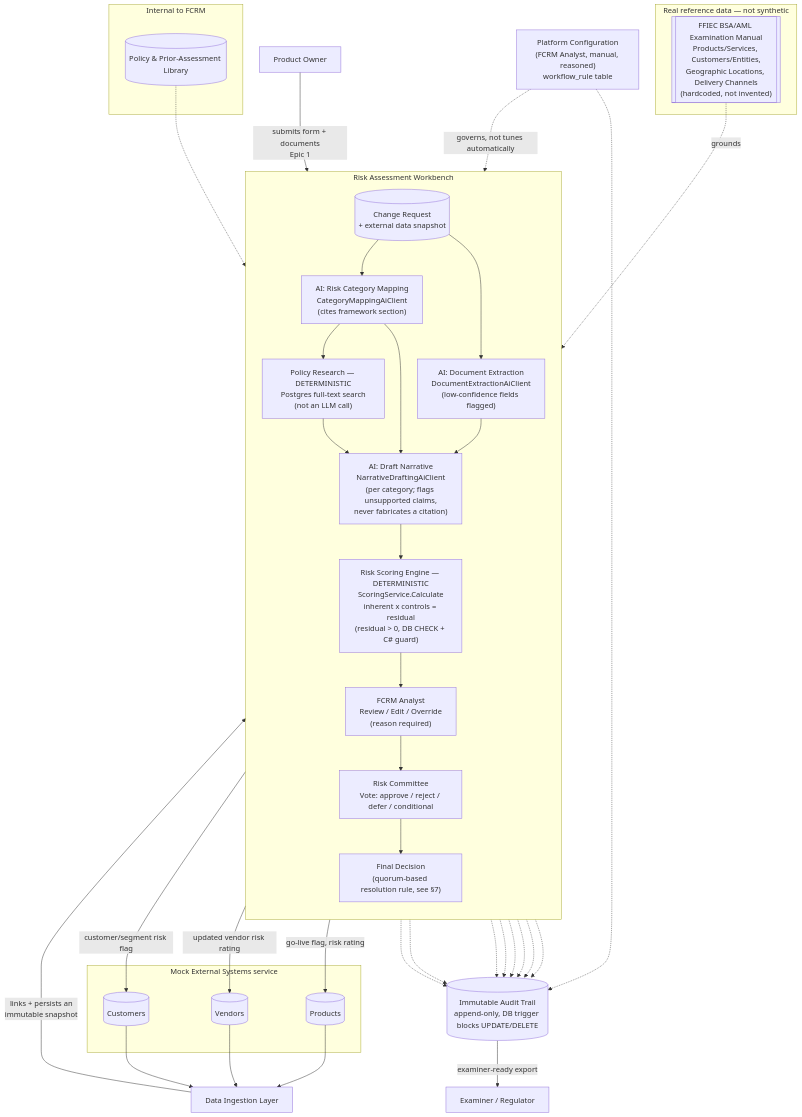
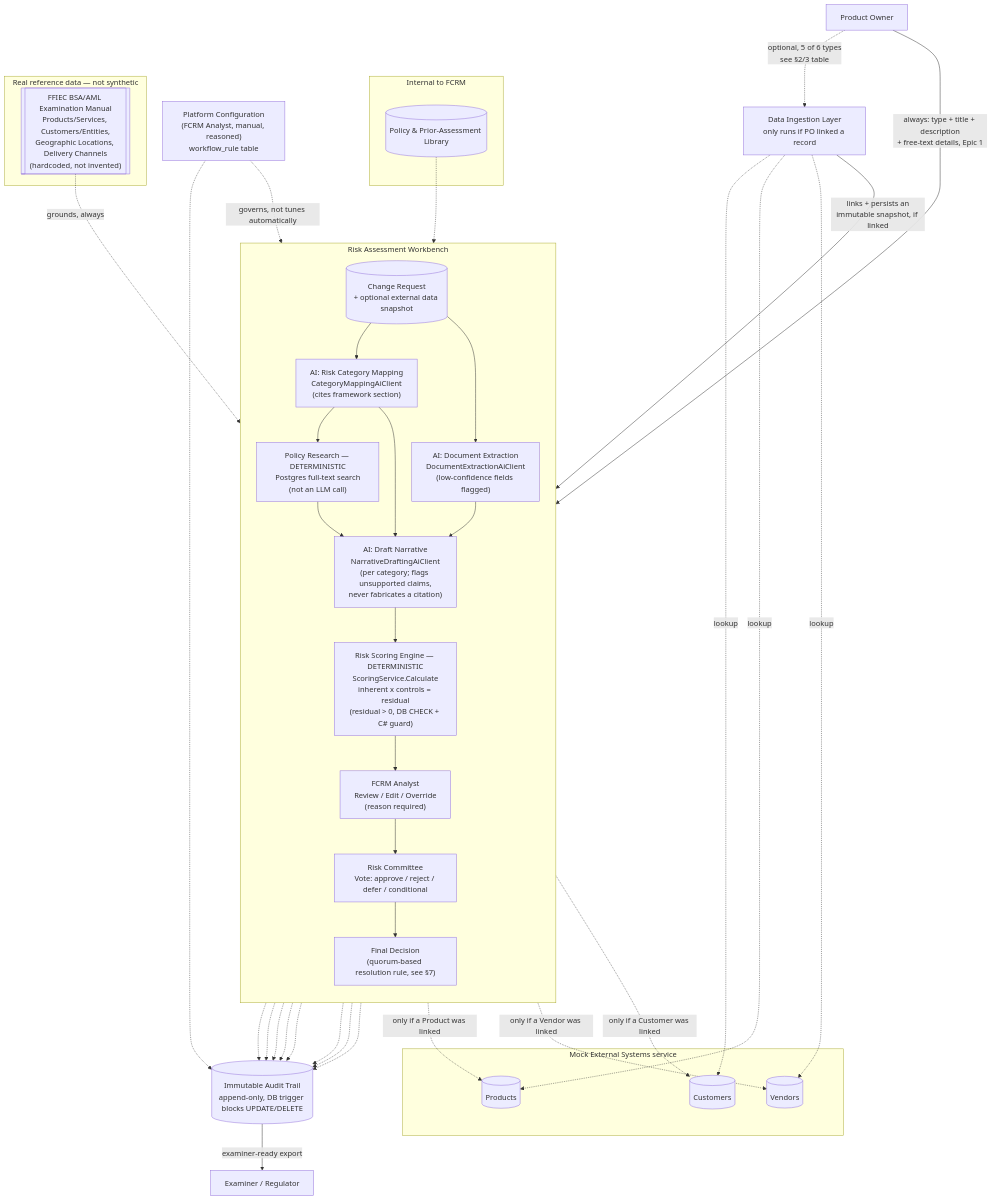
The second of 5 diagrams in docs/architecture/ecosystem-diagram.md (surajkoditala/humaid-risk-governance), drawn with Mermaid before and after one commit. The commit also changed other lines of this file, not shown here.

First line of the commit message:
Fix ecosystem diagram: Mock Systems linking is optional, not automatic

````diff
--- a/docs/architecture/ecosystem-diagram.md
+++ b/docs/architecture/ecosystem-diagram.md
@@ -69,58 +82,59 @@
 ```mermaid
 flowchart TB
-    PO["Product Owner"] -->|submits form + documents<br/>Epic 1| CR
+    PO["Product Owner"] -->|always: type + title + description<br/>+ free-text details, Epic 1| CR
+    PO -.->|optional, 5 of 6 types<br/>see §2/3 table| INGEST
 
     subgraph EXT["Mock External Systems service"]
         CRM[(Customers)]
         CBS[(Products)]
         VMS[(Vendors)]
     end
 
     subgraph INTSRC["Internal to FCRM"]
         POLICYLIB[(Policy & Prior-Assessment Library)]
     end
 
     subgraph REFDATA["Real reference data — not synthetic"]
         FRAMEWORK[["FFIEC BSA/AML Examination Manual<br/>Products/Services, Customers/Entities,<br/>Geographic Locations, Delivery Channels<br/>(hardcoded, not invented)"]]
     end
 
-    CRM --> INGEST
-    CBS --> INGEST
-    VMS --> INGEST
+    INGEST[Data Ingestion Layer<br/>only runs if PO linked a record] -.->|lookup| CRM
+    INGEST -.->|lookup| CBS
+    INGEST -.->|lookup| VMS
 
-    INGEST[Data Ingestion Layer] -->|links + persists an<br/>immutable snapshot| CR[(Change Request<br/>+ external data snapshot)]
+    INGEST -->|links + persists an<br/>immutable snapshot, if linked| CR[(Change Request<br/>+ optional external data snapshot)]
 
     subgraph WORKBENCH["Risk Assessment Workbench"]
         direction TB
         CR --> MAP["AI: Risk Category Mapping<br/>CategoryMappingAiClient<br/>(cites framework section)"]
-        FRAMEWORK -. grounds .-> MAP
+        FRAMEWORK -. grounds, always .-> MAP
         CR --> EXTRACT["AI: Document Extraction<br/>DocumentExtractionAiClient<br/>(low-confidence fields flagged)"]
         MAP --> POLICY["Policy Research — DETERMINISTIC<br/>Postgres full-text search<br/>(not an LLM call)"]
         POLICYLIB -.-> POLICY
         MAP --> DRAFT["AI: Draft Narrative<br/>NarrativeDraftingAiClient<br/>(per category; flags unsupported claims,<br/>never fabricates a citation)"]
         EXTRACT --> DRAFT
         POLICY --> DRAFT
         DRAFT --> SCORE["Risk Scoring Engine — DETERMINISTIC<br/>ScoringService.Calculate<br/>inherent x controls = residual<br/>(residual > 0, DB CHECK + C# guard)"]
         SCORE --> REVIEW["FCRM Analyst<br/>Review / Edit / Override<br/>(reason required)"]
         REVIEW --> COMMITTEE["Risk Committee<br/>Vote: approve / reject / defer / conditional"]
         COMMITTEE --> DECISION["Final Decision<br/>(quorum-based resolution rule, see §7)"]
     end
 
     CONFIG["Platform Configuration<br/>(FCRM Analyst, manual, reasoned)<br/>workflow_rule table"] -.->|governs, not tunes automatically| SCORE
 
     AUDIT[("Immutable Audit Trail<br/>append-only, DB trigger blocks UPDATE/DELETE")]
     MAP -.-> AUDIT
     EXTRACT -.-> AUDIT
     POLICY -.-> AUDIT
     DRAFT -.-> AUDIT
     SCORE -.-> AUDIT
     REVIEW -.-> AUDIT
     COMMITTEE -.-> AUDIT
     DECISION -.-> AUDIT
     CONFIG -.-> AUDIT
 
-    DECISION -->|go-live flag, risk rating| CBS
-    DECISION -->|updated vendor risk rating| VMS
-    DECISION -->|customer/segment risk flag| CRM
+    DECISION -.->|only if a Product was linked| CBS
+    DECISION -.->|only if a Vendor was linked| VMS
+    DECISION -.->|only if a Customer was linked| CRM
     AUDIT -->|examiner-ready export| EXAM[Examiner / Regulator]
 ```
````
